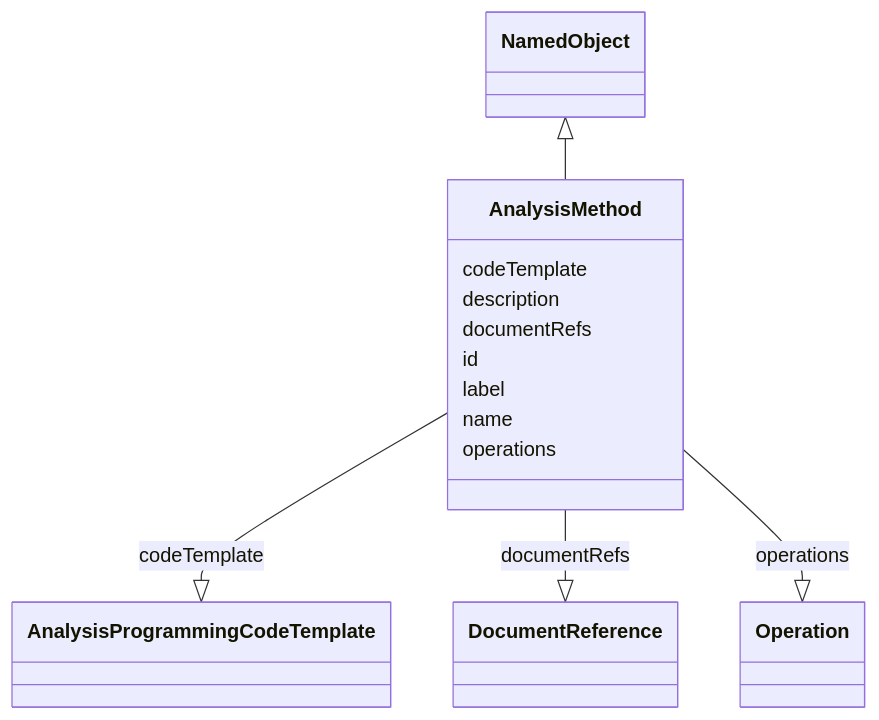
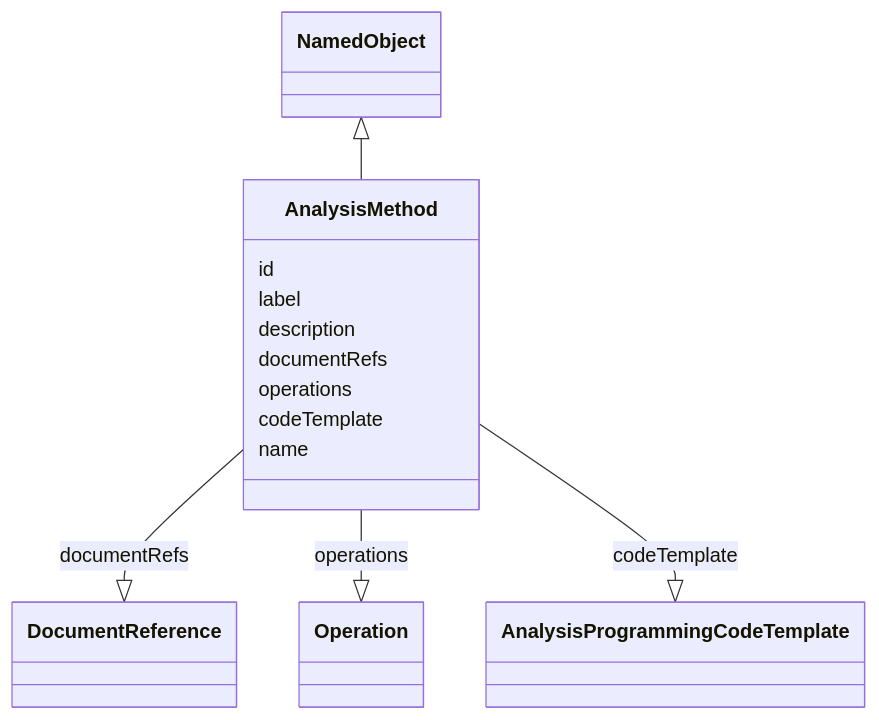
One commit to cdisc-org/analysis-results-standard changed the diagram in project/docs/AnalysisMethod.md. Above: the diagram before and after it, drawn with Mermaid. The commit also changed other lines of this file and 192 other files, not shown here.

````diff
--- a/project/docs/AnalysisMethod.md
+++ b/project/docs/AnalysisMethod.md
@@ -15,27 +13,17 @@
 ```mermaid
  classDiagram
     class AnalysisMethod
       NamedObject <|-- AnalysisMethod
-      
-      AnalysisMethod : codeTemplate
+
+      AnalysisMethod : id
+        AnalysisMethod : label
+        AnalysisMethod : description
+        AnalysisMethod : documentRefs
+        AnalysisMethod --|> DocumentReference : documentRefs
+        AnalysisMethod : operations
+        AnalysisMethod --|> Operation : operations
+        AnalysisMethod : codeTemplate
+        AnalysisMethod --|> AnalysisProgrammingCodeTemplate : codeTemplate
+        AnalysisMethod : name
         
-          AnalysisMethod --|> AnalysisProgrammingCodeTemplate : codeTemplate
-        
-      AnalysisMethod : description
-        
-      AnalysisMethod : documentRefs
-        
-          AnalysisMethod --|> DocumentReference : documentRefs
-        
-      AnalysisMethod : id
-        
-      AnalysisMethod : label
-        
-      AnalysisMethod : name
-        
-      AnalysisMethod : operations
-        
-          AnalysisMethod --|> Operation : operations
-        
-      
 ```
````
